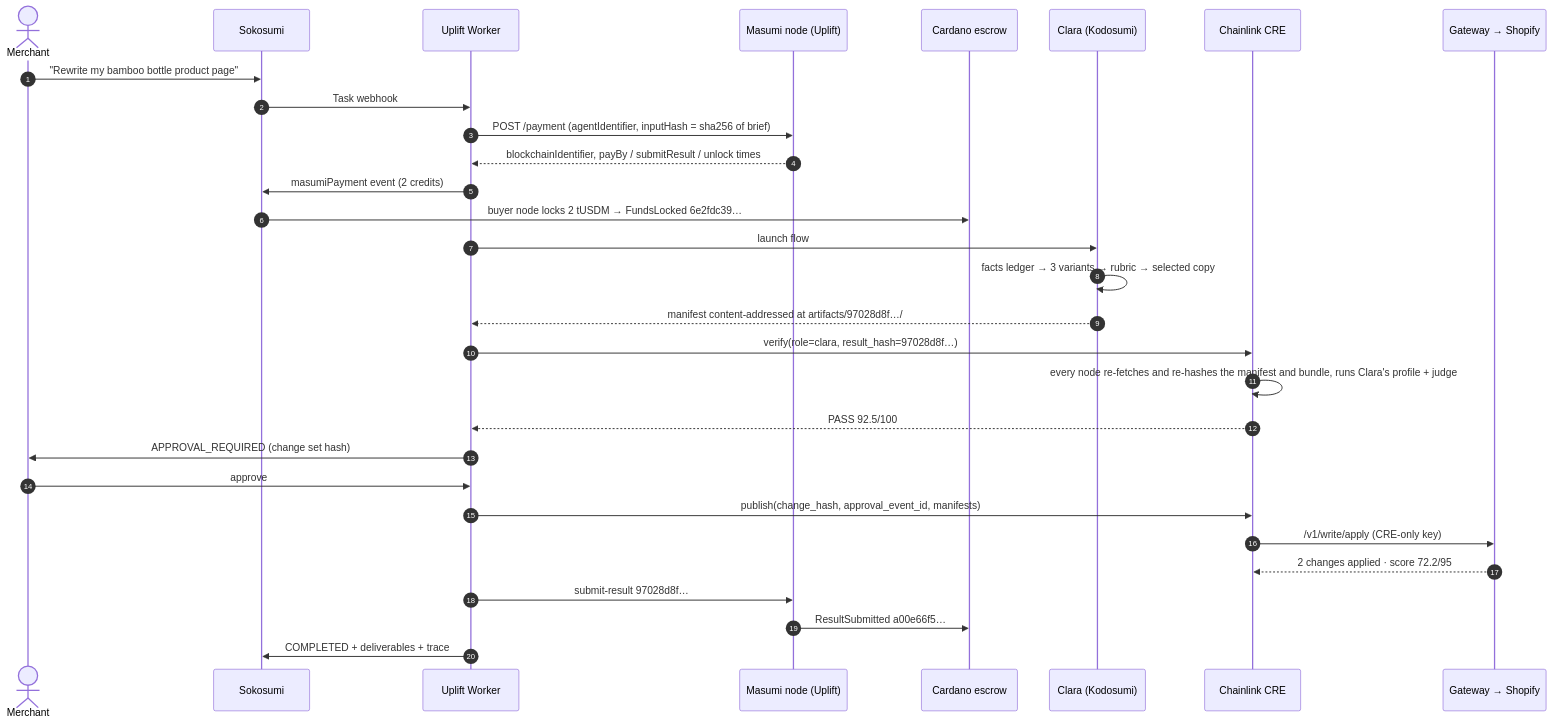
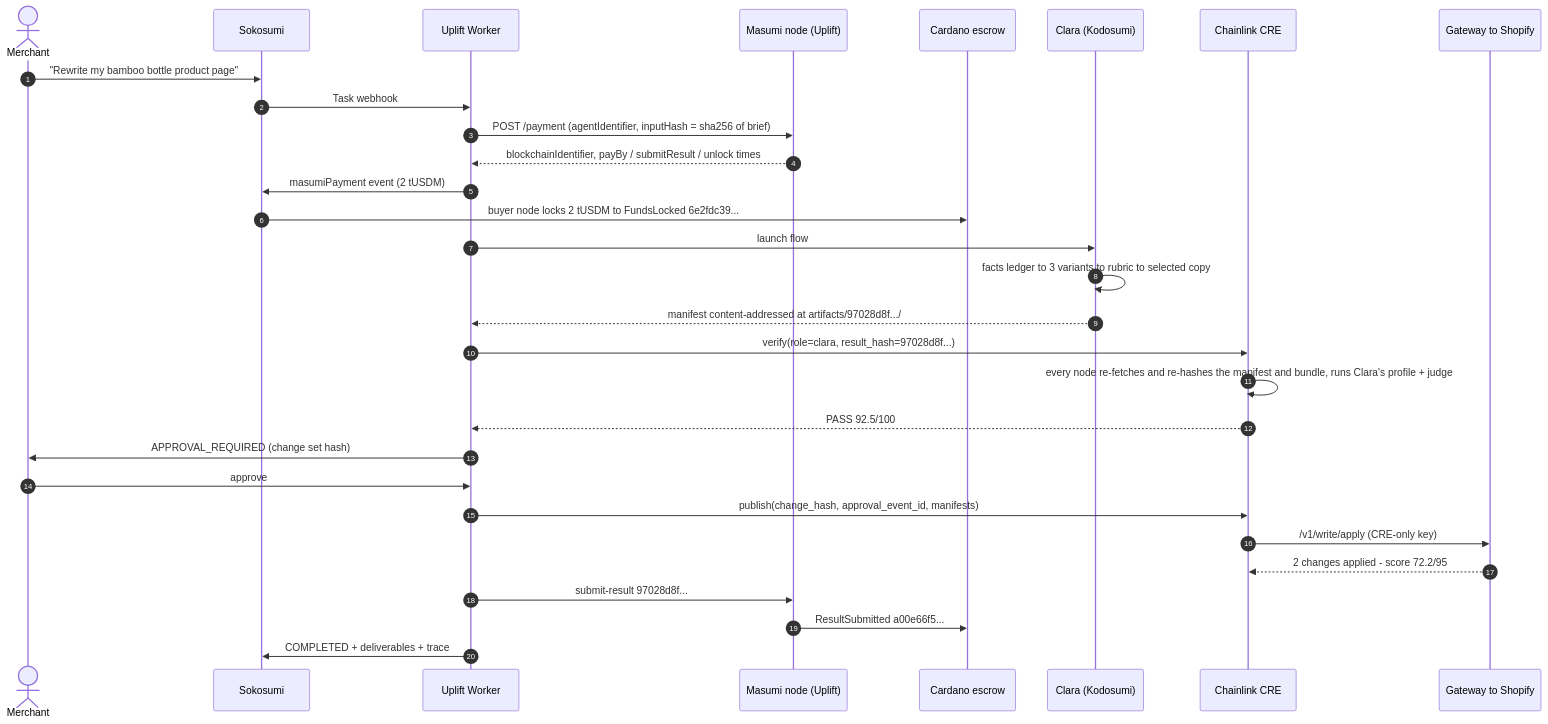
The fifth of 15 diagrams in README.md (Marshal-AM/Uplift), drawn with Mermaid before and after one commit. The commit also changed other lines of this file, not shown here.

First line of the commit message:
README: Uplift on Cardano, Shopify and Google Ads, with on-chain proof

````diff
--- a/README.md
+++ b/README.md
@@ -488,32 +431,32 @@
 ```mermaid
 sequenceDiagram
   autonumber
   actor M as Merchant
   participant S as Sokosumi
   participant W as Uplift Worker
   participant P as Masumi node (Uplift)
   participant C as Cardano escrow
   participant K as Clara (Kodosumi)
   participant L as Chainlink CRE
-  participant G as Gateway → Shopify
+  participant G as Gateway to Shopify
   M->>S: "Rewrite my bamboo bottle product page"
   S->>W: Task webhook
   W->>P: POST /payment (agentIdentifier, inputHash = sha256 of brief)
   P-->>W: blockchainIdentifier, payBy / submitResult / unlock times
-  W->>S: masumiPayment event (2 credits)
-  S->>C: buyer node locks 2 tUSDM → FundsLocked 6e2fdc39…
+  W->>S: masumiPayment event (2 tUSDM)
+  S->>C: buyer node locks 2 tUSDM to FundsLocked 6e2fdc39...
   W->>K: launch flow
-  K->>K: facts ledger → 3 variants → rubric → selected copy
-  K-->>W: manifest content-addressed at artifacts/97028d8f…/
-  W->>L: verify(role=clara, result_hash=97028d8f…)
+  K->>K: facts ledger to 3 variants to rubric to selected copy
+  K-->>W: manifest content-addressed at artifacts/97028d8f.../
+  W->>L: verify(role=clara, result_hash=97028d8f...)
   L->>L: every node re-fetches and re-hashes the manifest and bundle, runs Clara's profile + judge
   L-->>W: PASS 92.5/100
   W->>M: APPROVAL_REQUIRED (change set hash)
   M->>W: approve
   W->>L: publish(change_hash, approval_event_id, manifests)
   L->>G: /v1/write/apply (CRE-only key)
-  G-->>L: 2 changes applied · score 72.2/95
-  W->>P: submit-result 97028d8f…
-  P->>C: ResultSubmitted a00e66f5…
+  G-->>L: 2 changes applied - score 72.2/95
+  W->>P: submit-result 97028d8f...
+  P->>C: ResultSubmitted a00e66f5...
   W->>S: COMPLETED + deliverables + trace
 ```
````
